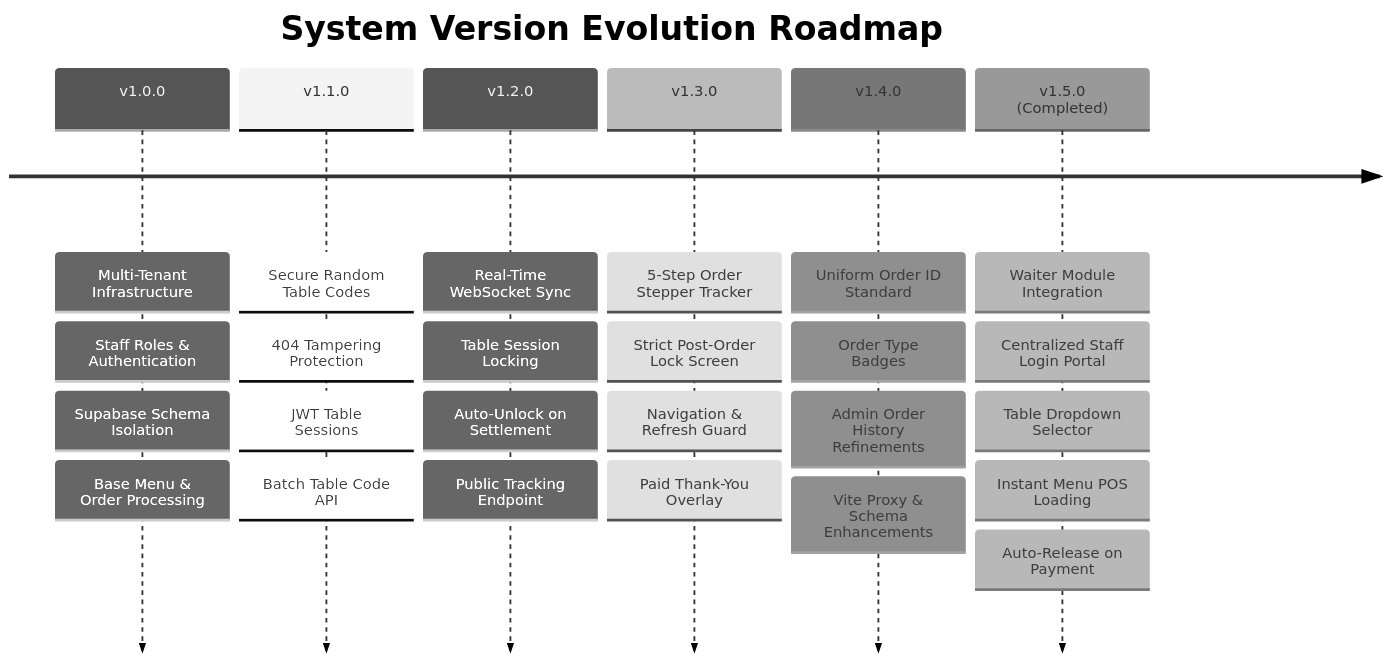
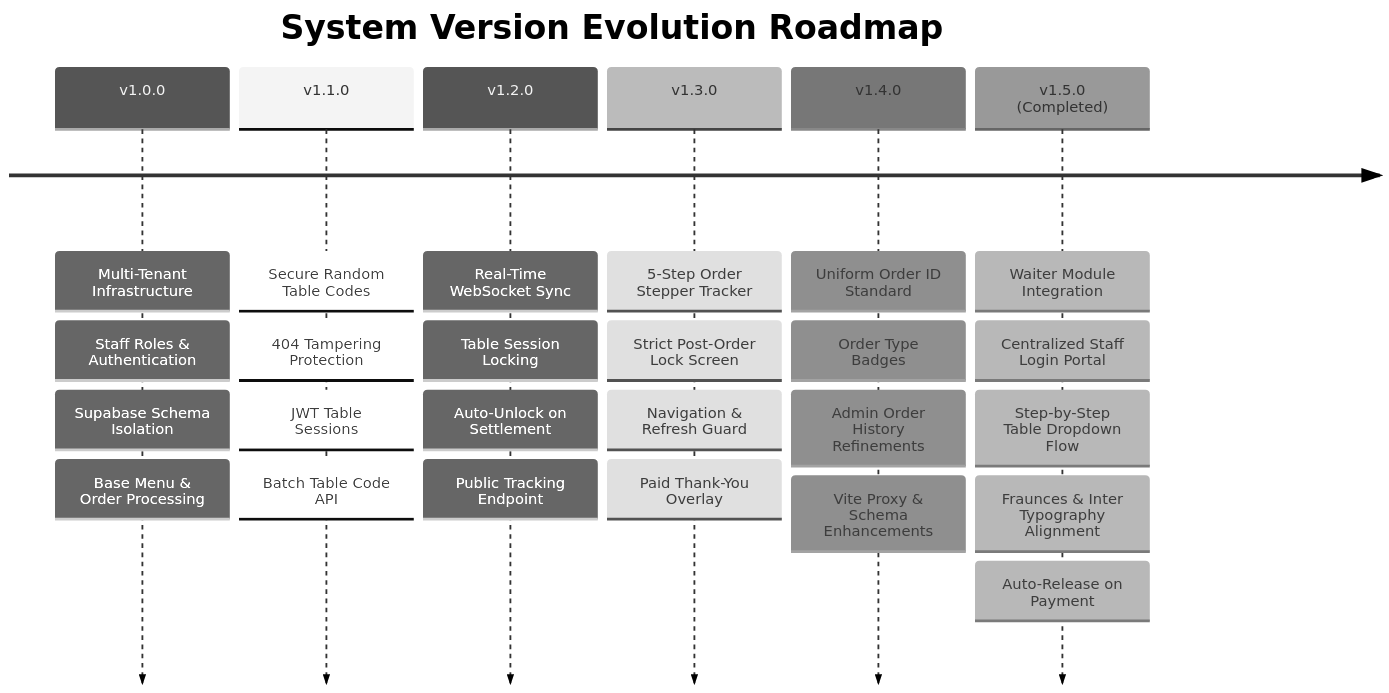
One commit to alifayyaz-06/apexscan changed the first of 2 diagrams in PLAN.md. Above: the diagram before and after it, drawn with Mermaid (neutral theme). The commit also changed other lines of this file, not shown here.

Commit message:
docs: sync PLAN.md with design system and step flow updates

````diff
--- a/PLAN.md
+++ b/PLAN.md
@@ -18,10 +18,10 @@
 ```mermaid
 timeline
     title System Version Evolution Roadmap
     v1.0.0 : Multi-Tenant Infrastructure : Staff Roles & Authentication : Supabase Schema Isolation : Base Menu & Order Processing
     v1.1.0 : Secure Random Table Codes : 404 Tampering Protection : JWT Table Sessions : Batch Table Code API
     v1.2.0 : Real-Time WebSocket Sync : Table Session Locking : Auto-Unlock on Settlement : Public Tracking Endpoint
     v1.3.0 : 5-Step Order Stepper Tracker : Strict Post-Order Lock Screen : Navigation & Refresh Guard : Paid Thank-You Overlay
     v1.4.0 : Uniform Order ID Standard : Order Type Badges : Admin Order History Refinements : Vite Proxy & Schema Enhancements
-    v1.5.0 (Completed) : Waiter Module Integration : Centralized Staff Login Portal : Table Dropdown Selector : Instant Menu POS Loading : Auto-Release on Payment
+    v1.5.0 (Completed) : Waiter Module Integration : Centralized Staff Login Portal : Step-by-Step Table Dropdown Flow : Fraunces & Inter Typography Alignment : Auto-Release on Payment
 ```
````
